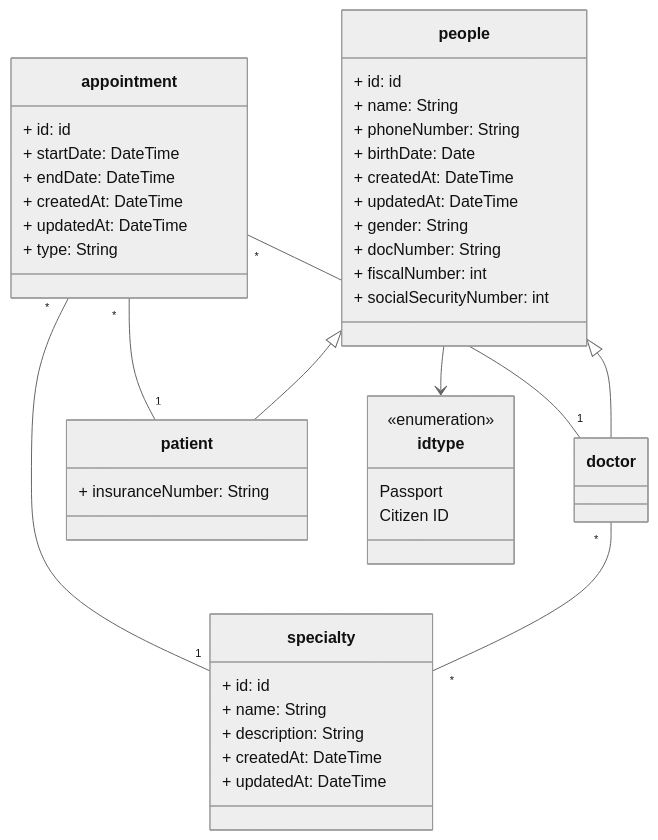
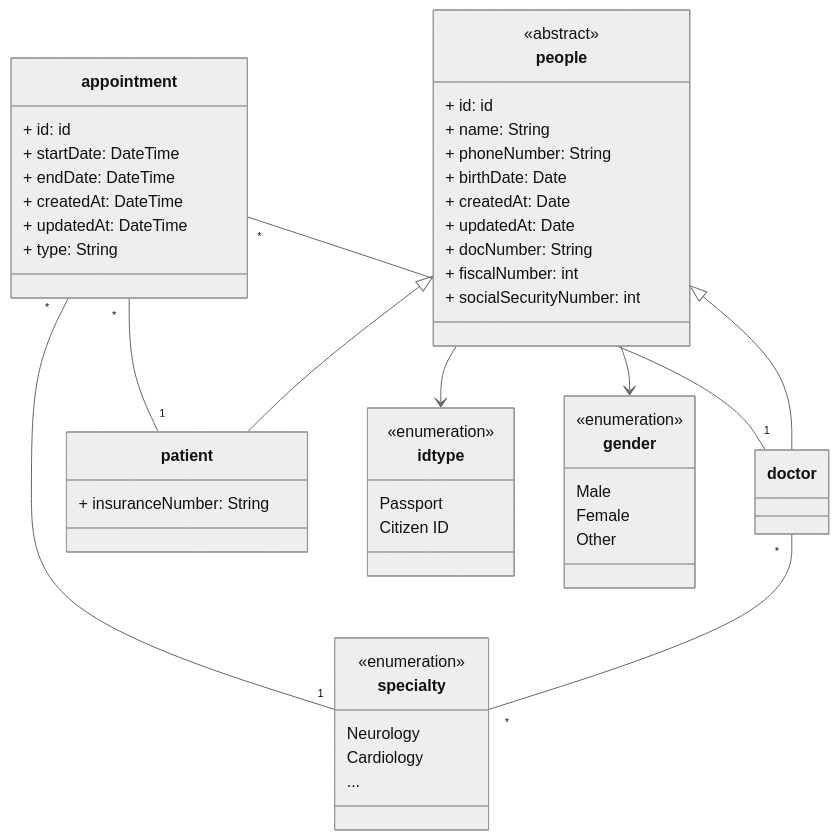
Before and after one commit to fimonteiro-deloitte/Porto-FullStack-HospitalEx: the diagram in UMLs/usecasediagram.mmd, drawn with Mermaid (neutral theme).

Commit message:
Use Case Diagram done

```diff
--- a/UMLs/usecasediagram.mmd
+++ b/UMLs/usecasediagram.mmd
@@ -1,58 +1,65 @@
 classDiagram
 
 people <|-- doctor
 people <|-- patient
 
 class people {
+  <<abstract>>
   + id: id
   + name: String
   + phoneNumber: String
   + birthDate: Date
-  + createdAt: DateTime
-  + updatedAt: DateTime
-  + gender: String
+  + createdAt: Date
+  + updatedAt: Date
   + docNumber: String
   + fiscalNumber: int
   + socialSecurityNumber: int
 }
 
 class doctor {
 }
 
 class patient {
   + insuranceNumber: String
 }
 
 
 class appointment {
   + id: id
   + startDate: DateTime
   + endDate: DateTime
   + createdAt: DateTime
   + updatedAt: DateTime 
   + type: String
 }
 
 class specialty {
-  + id: id
-  + name: String
-  + description: String
-  + createdAt: DateTime
-  + updatedAt: DateTime
+    <<enumeration>>
+    Neurology
+    Cardiology
+    ...
 }
 
  class idtype {
     <<enumeration>>         
     Passport         
     Citizen ID            
+  }
+
+   class gender {
+    <<enumeration>>         
+    Male
+    Female
+    Other       
   }
 
 
 doctor "*" -- "*" specialty 
 appointment "*" -- "1" specialty
 
 
 appointment "*" -- "1" doctor
 appointment "*" -- "1" patient
 
 people --> idtype
+people --> gender
```
